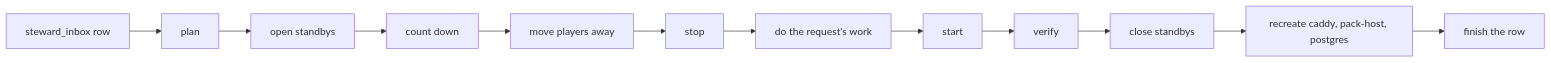
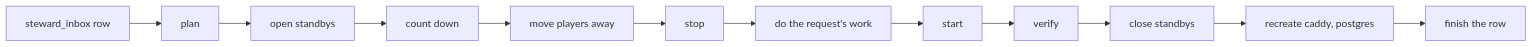
The diagram in steward-agent/README.md (nordtal/season-2), drawn with Mermaid before and after one commit. The commit also changed other lines of this file and 64 other files, not shown here.

Commit message:
feat: steward-agent builds the resource pack, caddy serves it and the proxy offers it live (#428)

````diff
--- a/steward-agent/README.md
+++ b/steward-agent/README.md
@@ -46,6 +46,6 @@
 ```mermaid
 flowchart LR
     row["steward_inbox row"] --> plan --> standbys["open standbys"] --> count["count down"] --> evac["move players away"]
     evac --> stop --> payload["do the request's work"] --> start --> verify --> close["close standbys"]
-    close --> renew["recreate caddy, pack-host, postgres"] --> settle["finish the row"]
+    close --> renew["recreate caddy, postgres"] --> settle["finish the row"]
 ```
````
